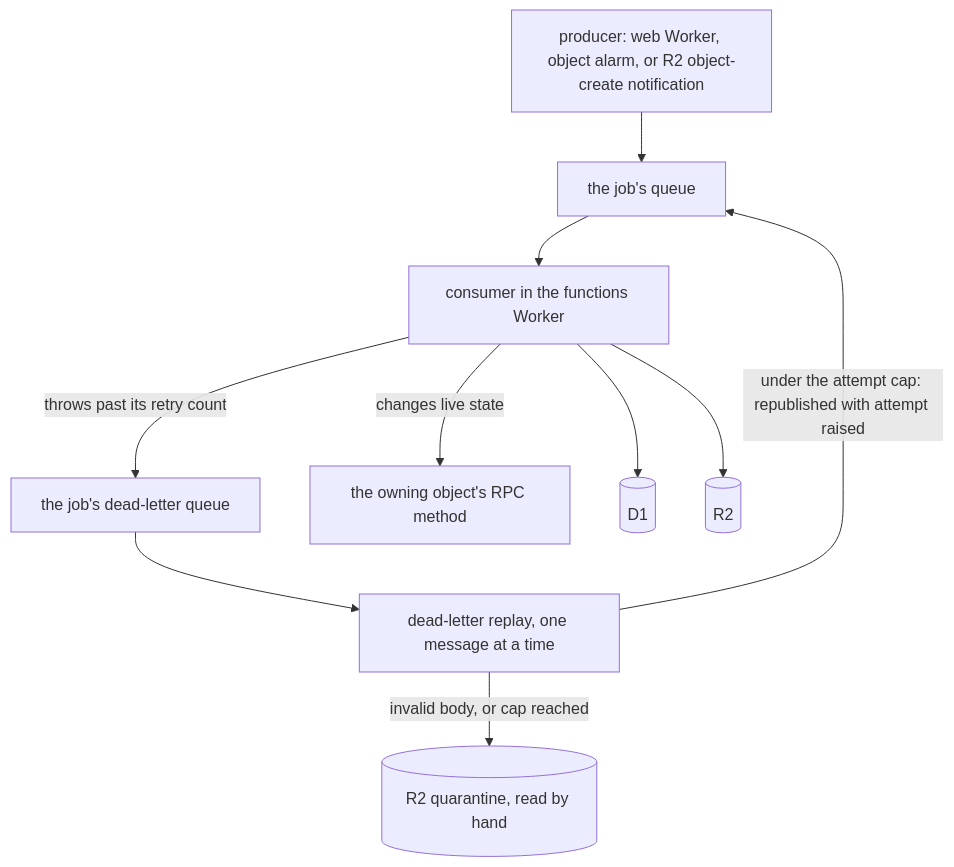
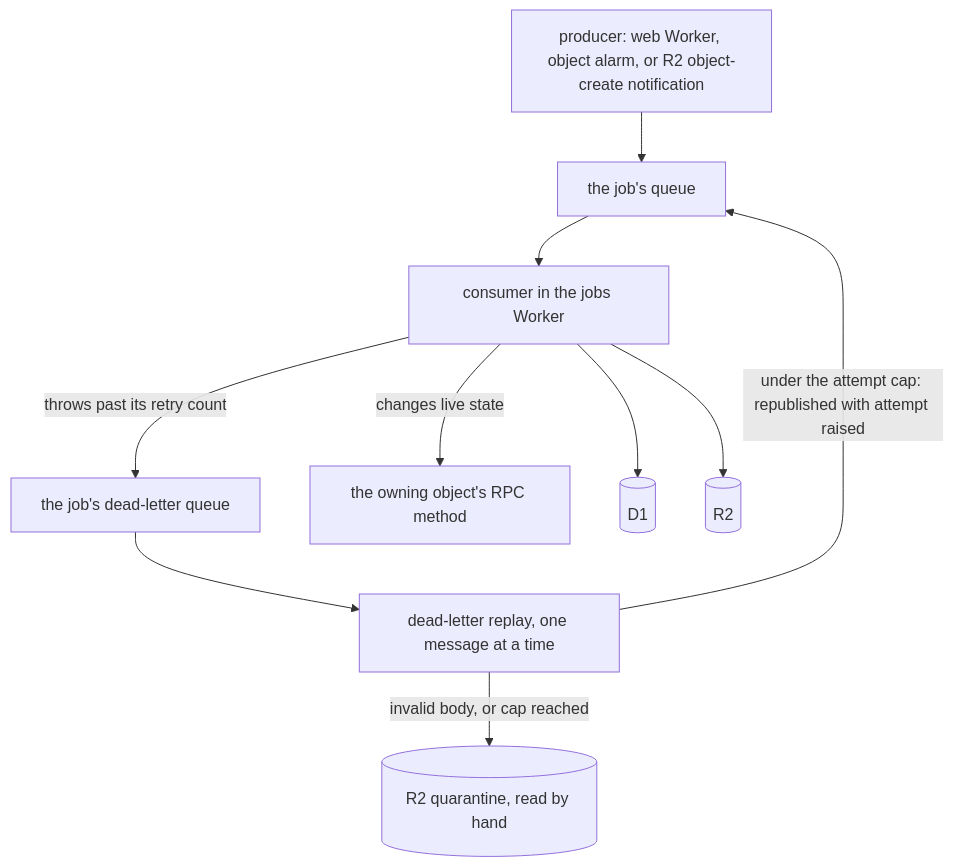
The third of 3 diagrams in openspec/specs/architecture/cloudflare-services/design.md (Esposter/Esposter), drawn with Mermaid before and after one commit. The commit also changed other lines of this file and 89 other files, not shown here.

````diff
--- a/openspec/specs/architecture/cloudflare-services/design.md
+++ b/openspec/specs/architecture/cloudflare-services/design.md
@@ -85,12 +86,12 @@
 ```mermaid
 flowchart TD
   P["producer: web Worker, object alarm, or R2 object-create notification"] --> Q["the job's queue"]
-  Q --> H["consumer in the functions Worker"]
+  Q --> H["consumer in the jobs Worker"]
   H -->|"throws past its retry count"| DL["the job's dead-letter queue"]
   DL --> R["dead-letter replay, one message at a time"]
   R -->|"under the attempt cap: republished with attempt raised"| Q
   R -->|"invalid body, or cap reached"| QR[("R2 quarantine, read by hand")]
   H -->|"changes live state"| O["the owning object's RPC method"]
   H --> D[("D1")]
   H --> B[("R2")]
 ```
````
